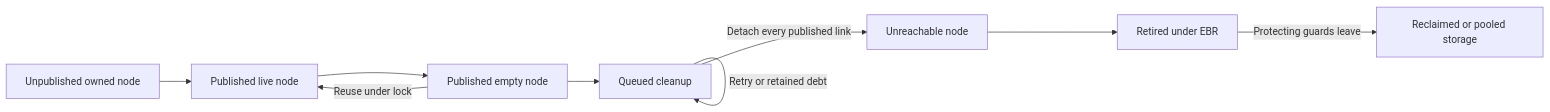
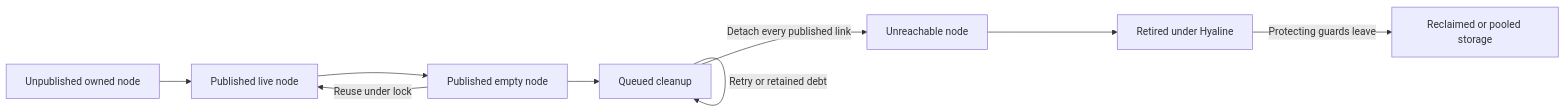
The second of 2 diagrams in notes/Proposals.md (consistent-milk12/masstree), drawn with Mermaid before and after one commit. The commit also changed other lines of this file and 10 other files, not shown here.

````diff
--- a/notes/Proposals.md
+++ b/notes/Proposals.md
@@ -915,11 +916,11 @@
 ```mermaid
 flowchart LR
     U[Unpublished owned node] --> L[Published live node]
     L --> E[Published empty node]
     E -->|Reuse under lock| L
     E --> Q[Queued cleanup]
     Q -->|Retry or retained debt| Q
     Q -->|Detach every published link| D[Unreachable node]
-    D --> R[Retired under EBR]
+    D --> R[Retired under Hyaline]
     R -->|Protecting guards leave| P[Reclaimed or pooled storage]
 ```
````
